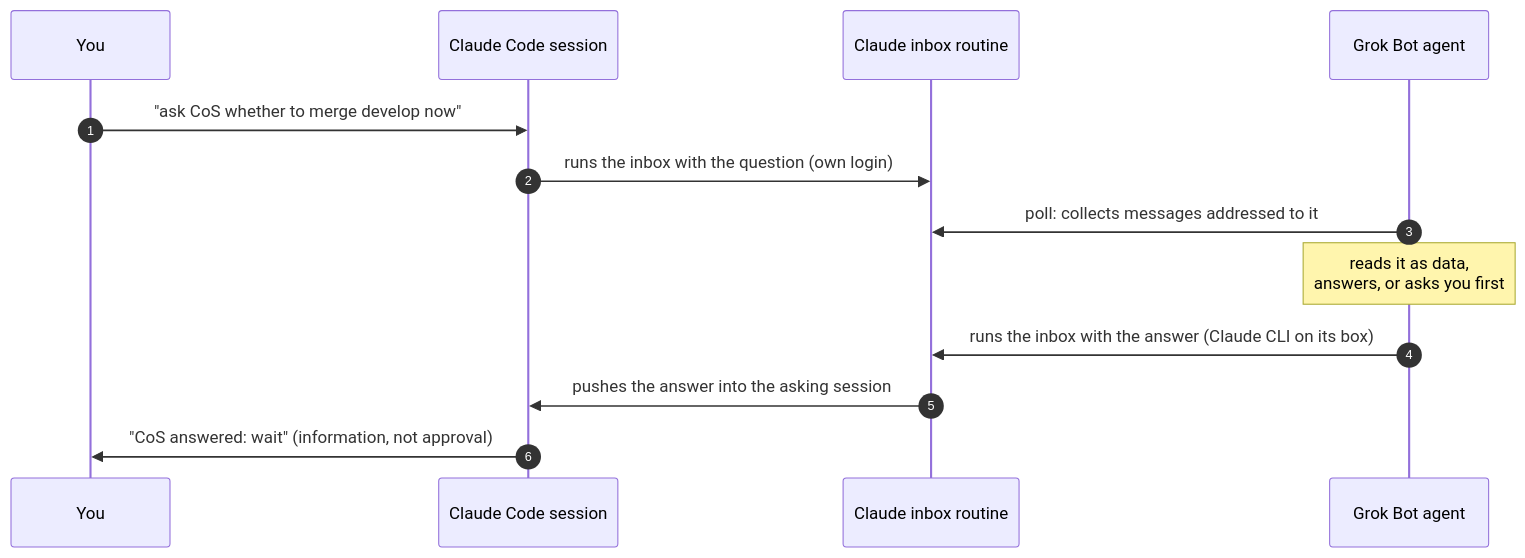
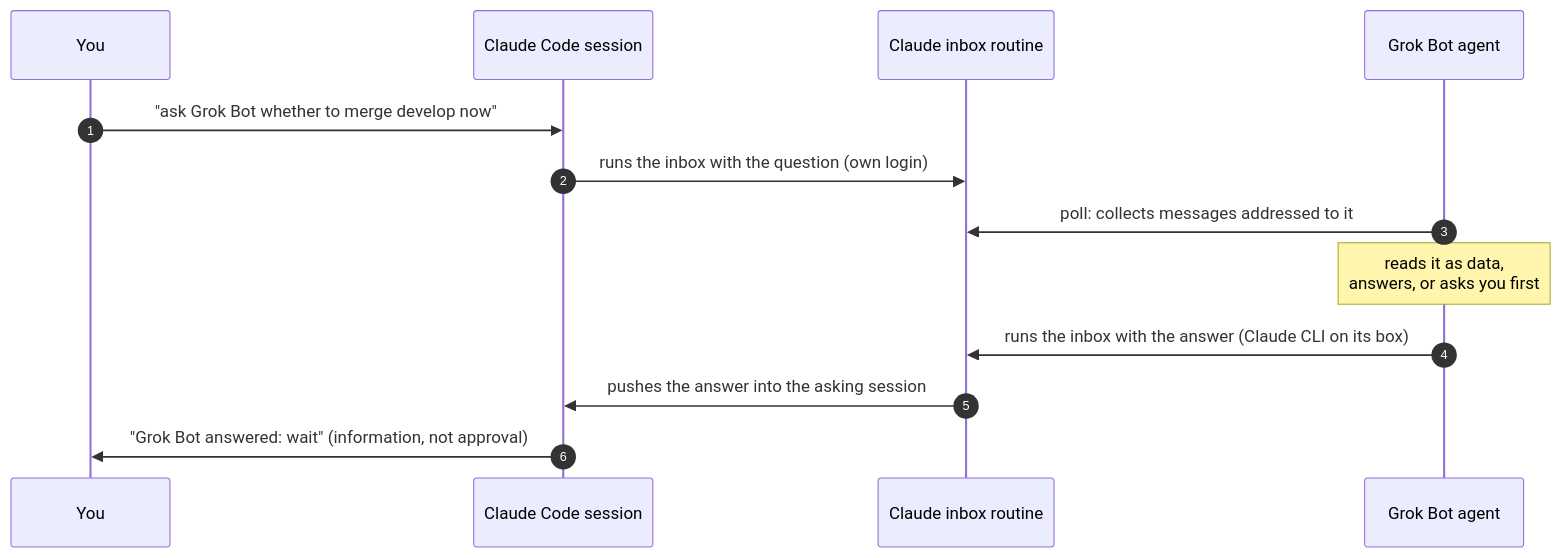
One commit to Spoki-App/claude-grok-bridge changed the diagram in README.md. Above: the diagram before and after it, drawn with Mermaid. The commit also changed other lines of this file and 7 other files, not shown here.

Commit message:
docs: name the agent Grok Bot in README examples and chats

````diff
--- a/README.md
+++ b/README.md
@@ -104,15 +104,15 @@
 ```mermaid
 sequenceDiagram
     autonumber
     participant H as You
     participant C as Claude Code session
     participant I as Claude inbox routine
     participant G as Grok Bot agent
-    H->>C: "ask CoS whether to merge develop now"
+    H->>C: "ask Grok Bot whether to merge develop now"
     C->>I: runs the inbox with the question (own login)
     G->>I: poll: collects messages addressed to it
     Note over G: reads it as data,<br/>answers, or asks you first
     G->>I: runs the inbox with the answer (Claude CLI on its box)
     I->>C: pushes the answer into the asking session
-    C->>H: "CoS answered: wait" (information, not approval)
+    C->>H: "Grok Bot answered: wait" (information, not approval)
 ```
````
